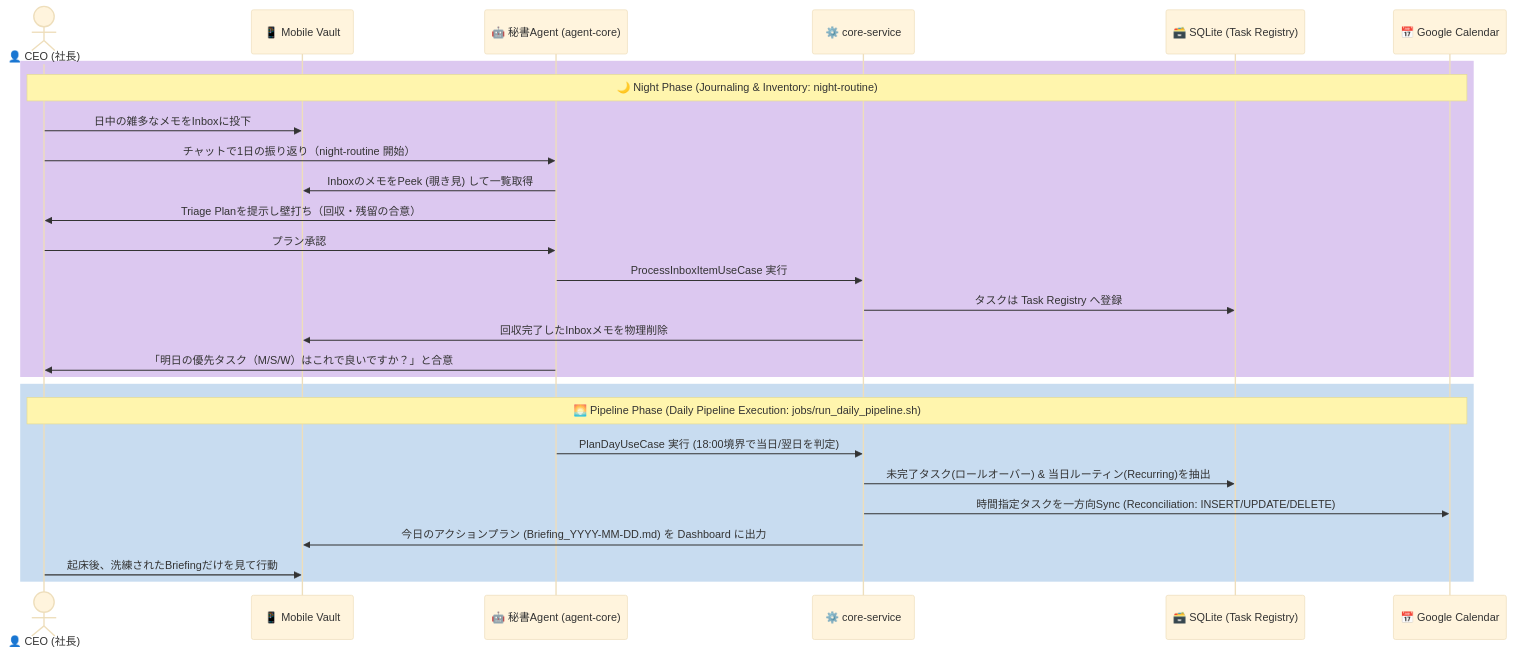
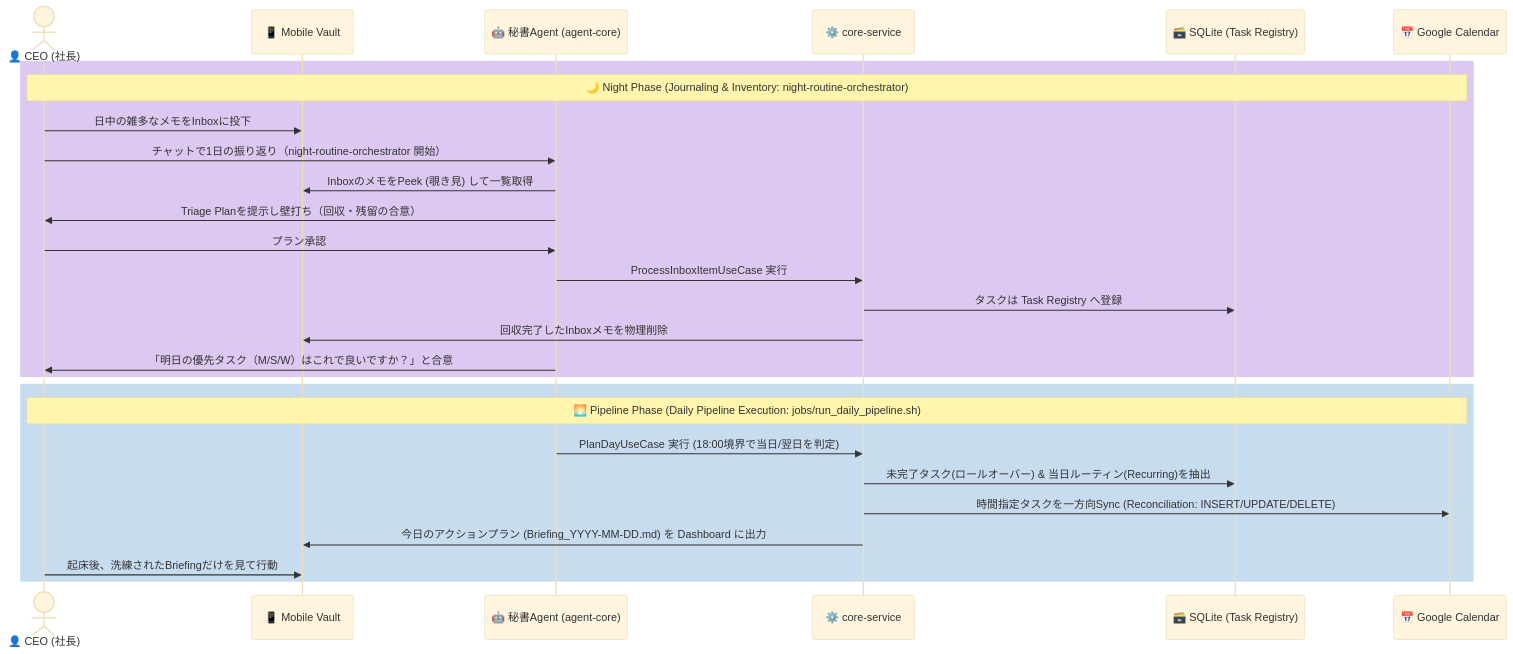
Before and after one commit to shoheiHasegawa/agent-core: the second of 2 diagrams in docs/architecture/data_flow.md, drawn with Mermaid (base theme). The commit also changed 89 other files, not shown here.

````diff
--- a/docs/architecture/data_flow.md
+++ b/docs/architecture/data_flow.md
@@ -47,33 +47,33 @@
 ```mermaid
 sequenceDiagram
     actor CEO as 👤 CEO (社長)
     participant MV as 📱 Mobile Vault
     participant Sec as 🤖 秘書Agent (agent-core)
     participant Core as ⚙️ core-service
     participant DB as 🗃️ SQLite (Task Registry)
     participant GCal as 📅 Google Calendar
 
     %% 🌙 Night Phase: 対話と棚卸し
     rect rgb(220, 200, 240)
-        Note over CEO, GCal: 🌙 Night Phase (Journaling & Inventory: night-routine)
+        Note over CEO, GCal: 🌙 Night Phase (Journaling & Inventory: night-routine-orchestrator)
         CEO->>MV: 日中の雑多なメモをInboxに投下
-        CEO->>Sec: チャットで1日の振り返り（night-routine 開始）
+        CEO->>Sec: チャットで1日の振り返り（night-routine-orchestrator 開始）
         Sec->>MV: InboxのメモをPeek (覗き見) して一覧取得
         Sec->>CEO: Triage Planを提示し壁打ち（回収・残留の合意）
         CEO->>Sec: プラン承認
         Sec->>Core: ProcessInboxItemUseCase 実行
         Core->>DB: タスクは Task Registry へ登録
         Core->>MV: 回収完了したInboxメモを物理削除
         Sec->>CEO: 「明日の優先タスク（M/S/W）はこれで良いですか？」と合意
     end
 
     %% 🌅 Pipeline Phase: 計画生成とカレンダー同期
     rect rgb(200, 220, 240)
         Note over CEO, GCal: 🌅 Pipeline Phase (Daily Pipeline Execution: jobs/run_daily_pipeline.sh)
         Sec->>Core: PlanDayUseCase 実行 (18:00境界で当日/翌日を判定)
         Core->>DB: 未完了タスク(ロールオーバー) & 当日ルーティン(Recurring)を抽出
         Core->>GCal: 時間指定タスクを一方向Sync (Reconciliation: INSERT/UPDATE/DELETE)
         Core->>MV: 今日のアクションプラン (Briefing_YYYY-MM-DD.md) を Dashboard に出力
         CEO->>MV: 起床後、洗練されたBriefingだけを見て行動
     end
 ```
````
